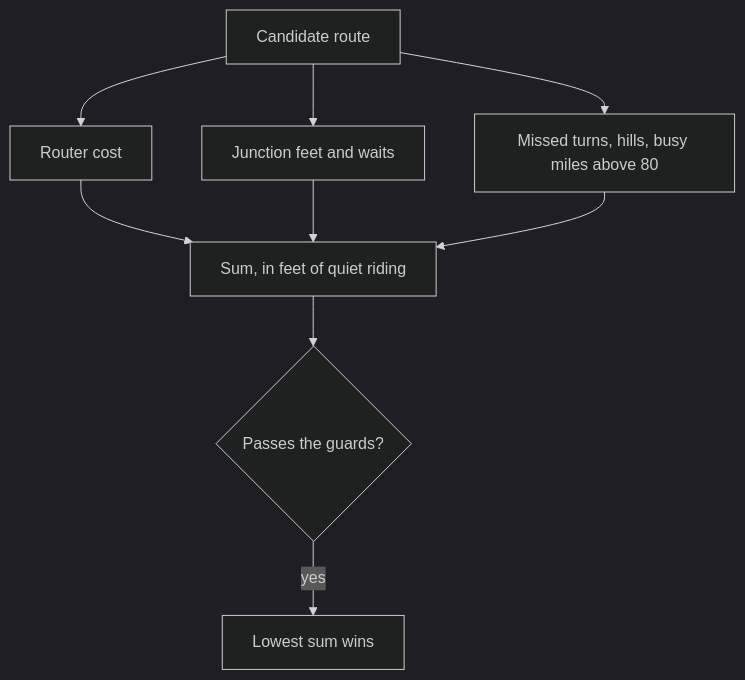
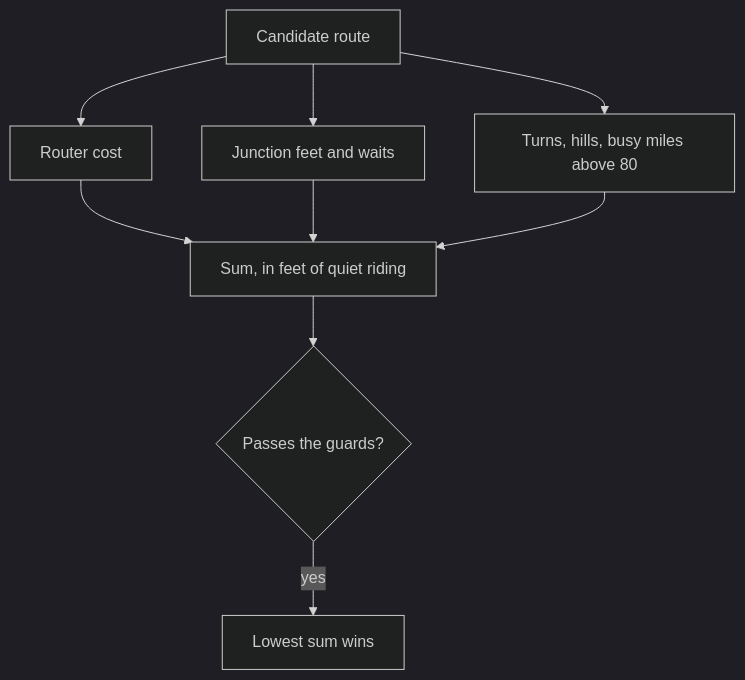
One commit to Macrophage87/RouteMaker changed diagram 11 of 13 in docs/stress/routing-costs.md. Above: the diagram before and after it, drawn with Mermaid (dark theme). The commit also changed other lines of this file and 14 other files, not shown here.

````diff
--- a/docs/stress/routing-costs.md
+++ b/docs/stress/routing-costs.md
@@ -465,11 +497,11 @@
 ```mermaid
 flowchart TD
   A["Candidate route"] --> B["Router cost"]
   A --> C["Junction feet and waits"]
-  A --> D["Missed turns, hills, busy miles above 80"]
+  A --> D["Turns, hills, busy miles above 80"]
   B --> S["Sum, in feet of quiet riding"]
   C --> S
   D --> S
   S --> G{"Passes the guards?"}
   G -- yes --> W["Lowest sum wins"]
 ```
````
